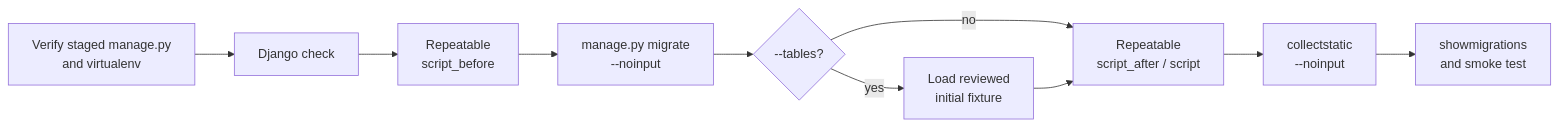
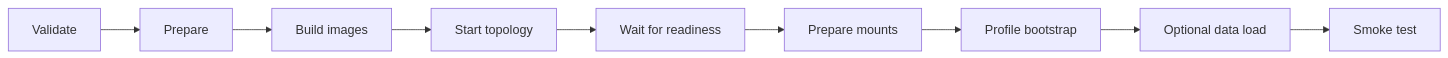
Before and after one commit to BU-ISCIII/buisciii-deployment-standards: the second of 2 diagrams in standards/application-installation-contract.md, drawn with Mermaid. The commit also changed other lines of this file and 4 other files, not shown here.

````diff
--- a/standards/application-installation-contract.md
+++ b/standards/application-installation-contract.md
@@ -353,12 +83,11 @@
 ```mermaid
 flowchart LR
-    staged[Verify staged manage.py<br/>and virtualenv] --> check[Django check]
-    check --> before[Repeatable<br/>script_before]
-    before --> migrate[manage.py migrate<br/>--noinput]
-    migrate --> decision{--tables?}
-    decision -->|yes| fixtures[Load reviewed<br/>initial fixture]
-    decision -->|no| after
-    fixtures --> after[Repeatable<br/>script_after / script]
-    after --> static[collectstatic<br/>--noinput]
-    static --> verify[showmigrations<br/>and smoke test]
+    validate[Validate] --> prepare[Prepare]
+    prepare --> build[Build images]
+    build --> start[Start topology]
+    start --> ready[Wait for readiness]
+    ready --> permissions[Prepare mounts]
+    permissions --> bootstrap[Profile bootstrap]
+    bootstrap --> data[Optional data load]
+    data --> smoke[Smoke test]
 ```
````
